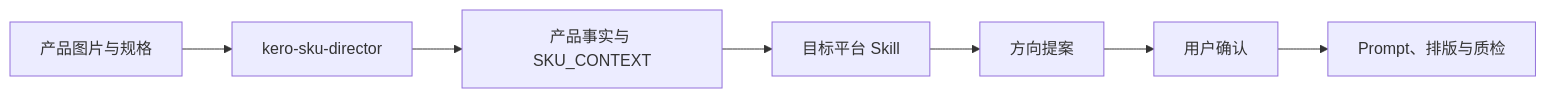
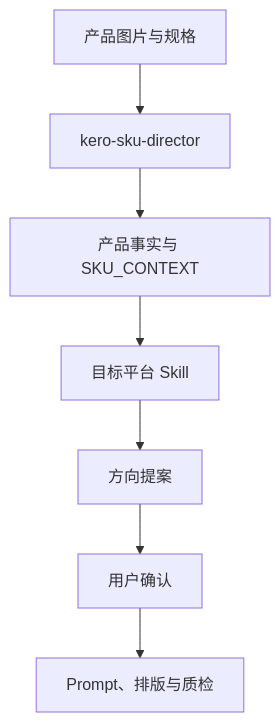
Before and after one commit to Youks7/KeRo-SKU-Agent: the diagram in README.md, drawn with Mermaid. The commit also changed other lines of this file, not shown here.

````diff
--- a/README.md
+++ b/README.md
@@ -109,9 +103,9 @@
 ```mermaid
-flowchart LR
+flowchart TD
     A["产品图片与规格"] --> B["kero-sku-director"]
     B --> C["产品事实与 SKU_CONTEXT"]
     C --> D["目标平台 Skill"]
     D --> E["方向提案"]
     E --> F["用户确认"]
     F --> G["Prompt、排版与质检"]
 ```
````
